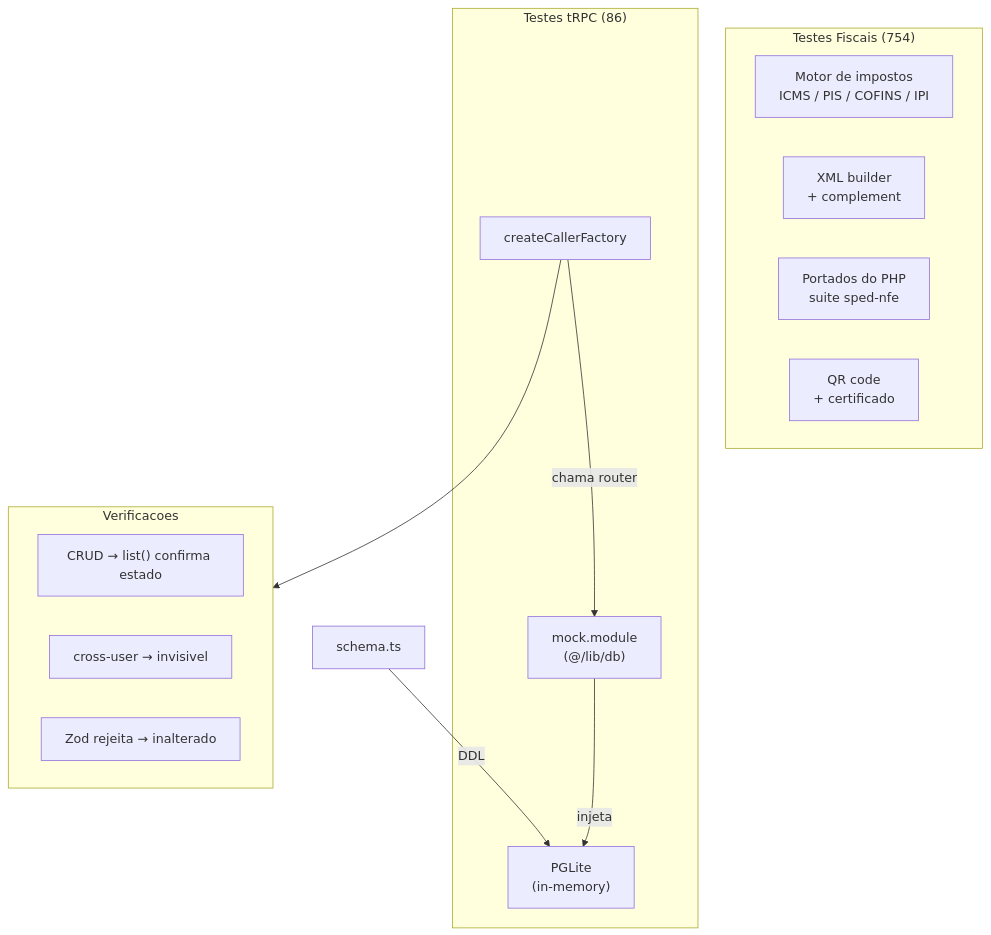
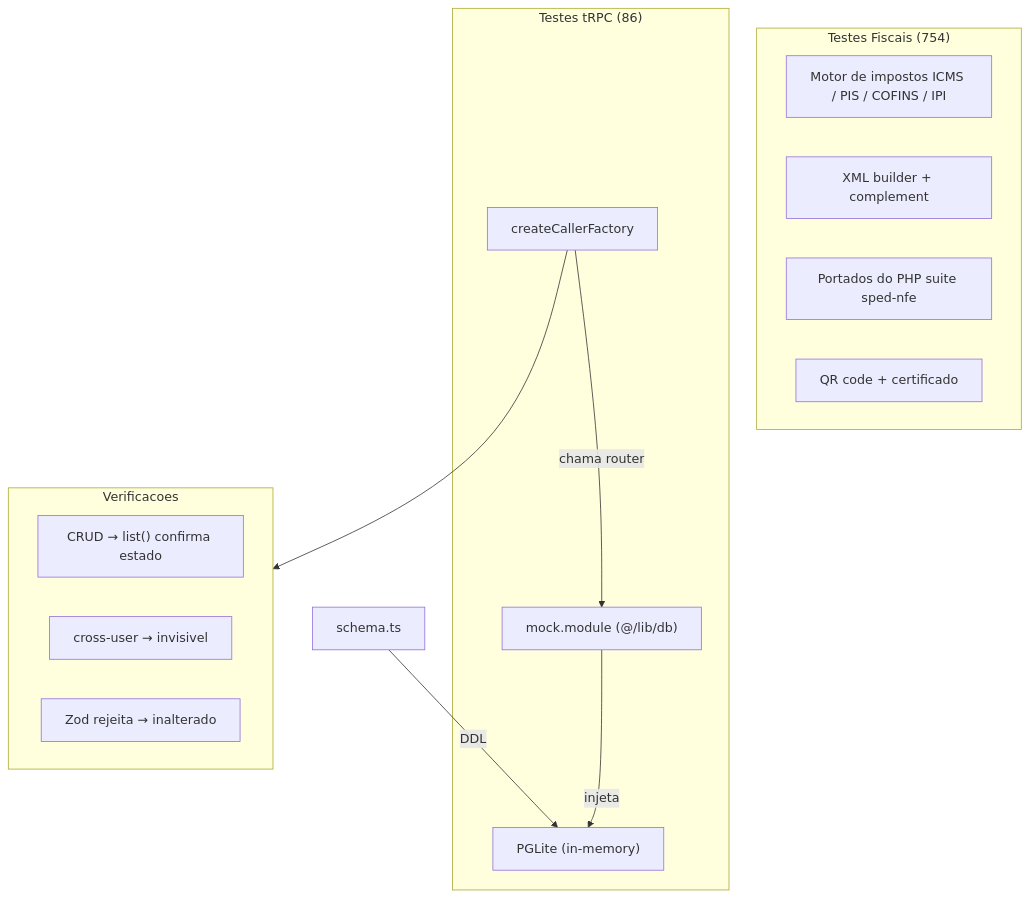
Before and after one commit to JoaoHenriqueBarbosa/FinOpenPOS: the fifth of 6 diagrams in README.ptBR.md, drawn with Mermaid. The commit also changed other lines of this file and 4 other files, not shown here.

````diff
--- a/README.ptBR.md
+++ b/README.ptBR.md
@@ -323,27 +320,27 @@
 ```mermaid
 flowchart TB
   subgraph FiscalTests["Testes Fiscais (754)"]
-    TaxTests["Motor de impostos\nICMS / PIS / COFINS / IPI"]
-    XMLTests["XML builder\n+ complement"]
-    PortedTests["Portados do PHP\nsuite sped-nfe"]
-    QRTests["QR code\n+ certificado"]
+    TaxTests["Motor de impostos ICMS / PIS / COFINS / IPI"]
+    XMLTests["XML builder + complement"]
+    PortedTests["Portados do PHP suite sped-nfe"]
+    QRTests["QR code + certificado"]
   end
 
   subgraph tRPCTests["Testes tRPC (86)"]
-    PGLite["PGLite\n(in-memory)"]
-    Mock["mock.module\n(@/lib/db)"]
+    PGLite["PGLite (in-memory)"]
+    Mock["mock.module (@/lib/db)"]
     Caller["createCallerFactory"]
   end
 
   Schema["schema.ts"] -->|DDL| PGLite
   Mock -->|injeta| PGLite
   Caller -->|chama router| Mock
 
   subgraph Verificacoes
     CRUD["CRUD → list() confirma estado"]
     Isolation["cross-user → invisivel"]
     Zod["Zod rejeita → inalterado"]
   end
 
   Caller --> Verificacoes
 ```
````
